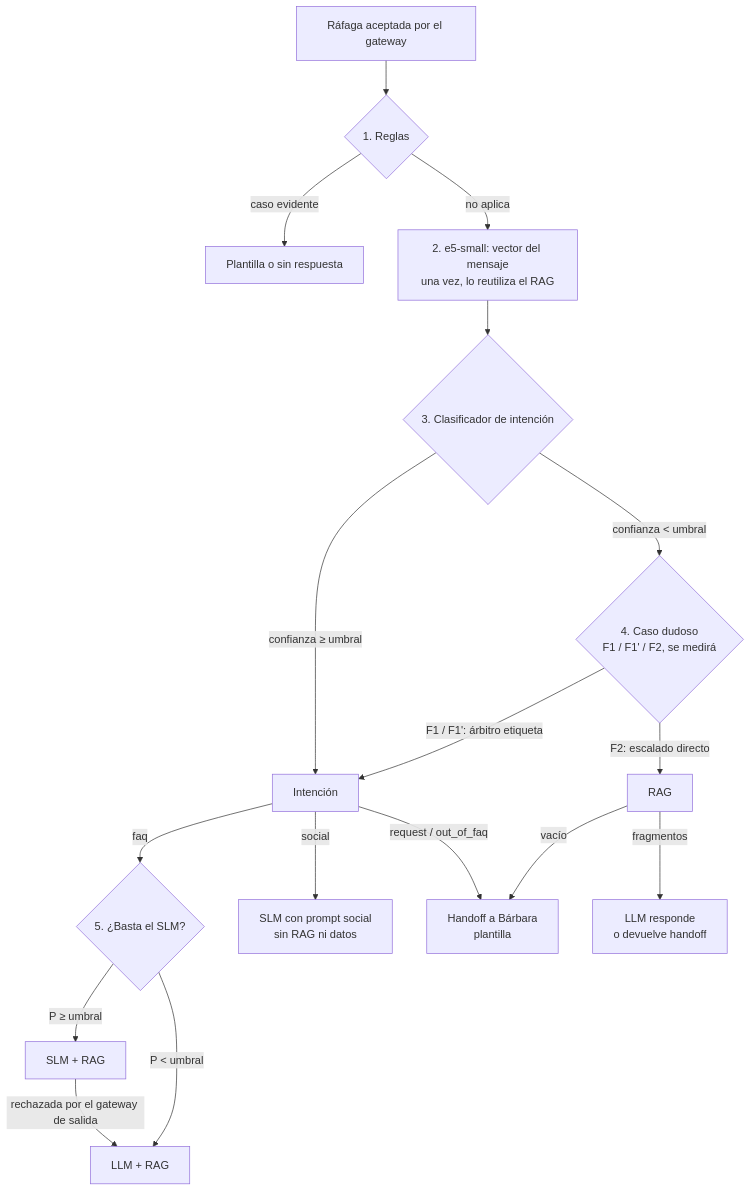
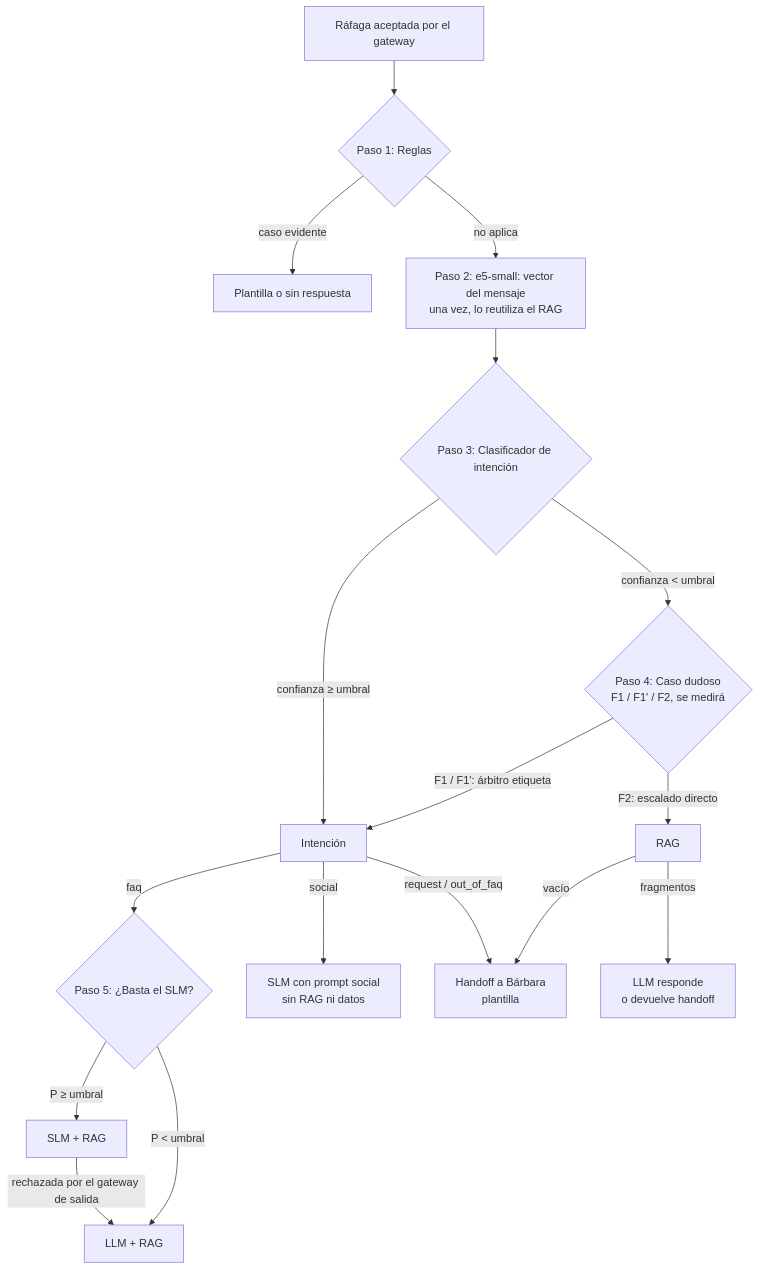
Before and after one commit to victorvierna/apuntalo-customer-hub: the diagram in docs/architecture/enrutador-alternativas.md, drawn with Mermaid. The commit also changed other lines of this file and 1 other file, not shown here.

Commit message:
docs(architecture): add router flow diagram as an image
Number the diagram steps as "Paso N:" because Mermaid read "1. Reglas"
as a Markdown list and did not render those labels.

````diff
--- a/docs/architecture/enrutador-alternativas.md
+++ b/docs/architecture/enrutador-alternativas.md
@@ -44,19 +44,19 @@
 ```mermaid
 flowchart TD
-    M[Ráfaga aceptada por el gateway] --> R{1. Reglas}
+    M[Ráfaga aceptada por el gateway] --> R{Paso 1: Reglas}
     R -->|caso evidente| T[Plantilla o sin respuesta]
-    R -->|no aplica| E[2. e5-small: vector del mensaje<br/>una vez, lo reutiliza el RAG]
-    E --> C{3. Clasificador de intención}
+    R -->|no aplica| E[Paso 2: e5-small: vector del mensaje<br/>una vez, lo reutiliza el RAG]
+    E --> C{Paso 3: Clasificador de intención}
     C -->|confianza ≥ umbral| I[Intención]
-    C -->|confianza < umbral| X{4. Caso dudoso<br/>F1 / F1' / F2, se medirá}
+    C -->|confianza < umbral| X{Paso 4: Caso dudoso<br/>F1 / F1' / F2, se medirá}
     X -->|F1 / F1': árbitro etiqueta| I
     X -->|F2: escalado directo| RAG2[RAG]
     RAG2 -->|vacío| H
     RAG2 -->|fragmentos| L2[LLM responde<br/>o devuelve handoff]
-    I -->|faq| N{5. ¿Basta el SLM?}
+    I -->|faq| N{Paso 5: ¿Basta el SLM?}
     N -->|P ≥ umbral| S[SLM + RAG]
     N -->|P < umbral| L[LLM + RAG]
     I -->|social| SP[SLM con prompt social<br/>sin RAG ni datos]
     I -->|request / out_of_faq| H[Handoff a Bárbara<br/>plantilla]
     S -->|rechazada por el gateway de salida| L
 ```
````
